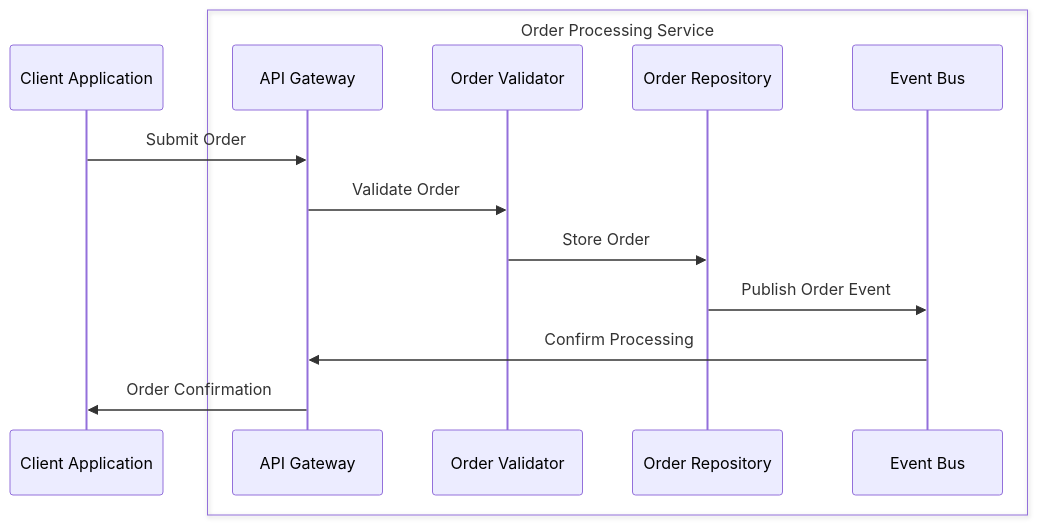
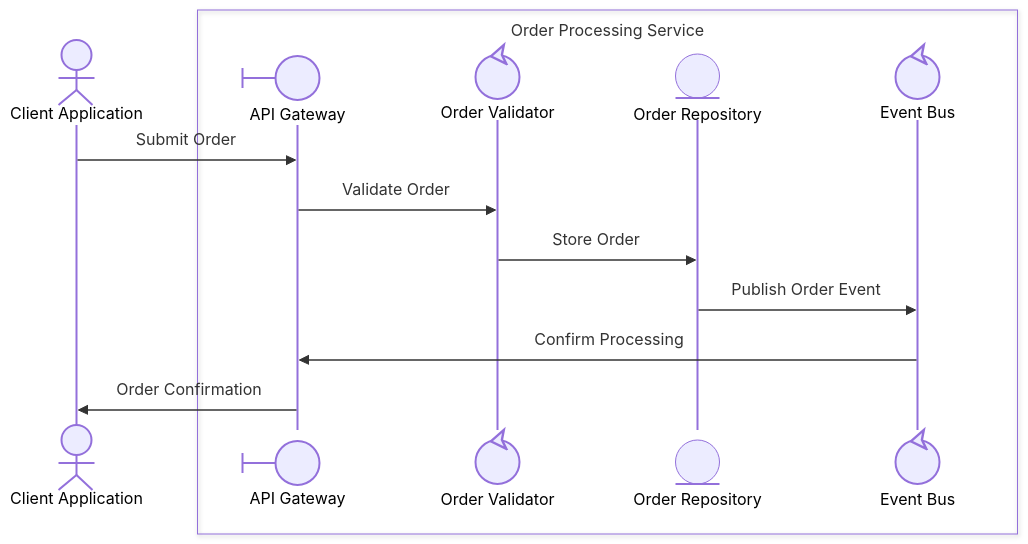
Before and after one commit to zhongadamwang/AI_Slowcooker: the third of 9 diagrams in OrgDocument/projects/03 - Building Skills Iteration 2/artifacts/Analysis/boundary-concepts.md, drawn with Mermaid. The commit also changed other lines of this file and 2 other files, not shown here.

````diff
--- a/OrgDocument/projects/03 - Building Skills Iteration 2/artifacts/Analysis/boundary-concepts.md
+++ b/OrgDocument/projects/03 - Building Skills Iteration 2/artifacts/Analysis/boundary-concepts.md
@@ -71,18 +97,18 @@
 ```mermaid
 sequenceDiagram
-    participant Client as Client Application
+    participant Client@{ "type" : "actor" } as Client Application
     
     box Order Processing Service
-        participant Gateway as API Gateway
-        participant Validator as Order Validator
-        participant Repository as Order Repository
-        participant EventBus as Event Bus
+        participant Gateway@{ "type" : "boundary" } as API Gateway
+        participant Validator@{ "type" : "control" } as Order Validator
+        participant Repository@{ "type" : "entity" } as Order Repository
+        participant EventBus@{ "type" : "control" } as Event Bus
     end
     
     Client->>Gateway: Submit Order
     Gateway->>Validator: Validate Order
     Validator->>Repository: Store Order
     Repository->>EventBus: Publish Order Event
     EventBus->>Gateway: Confirm Processing
     Gateway->>Client: Order Confirmation
 ```
````
